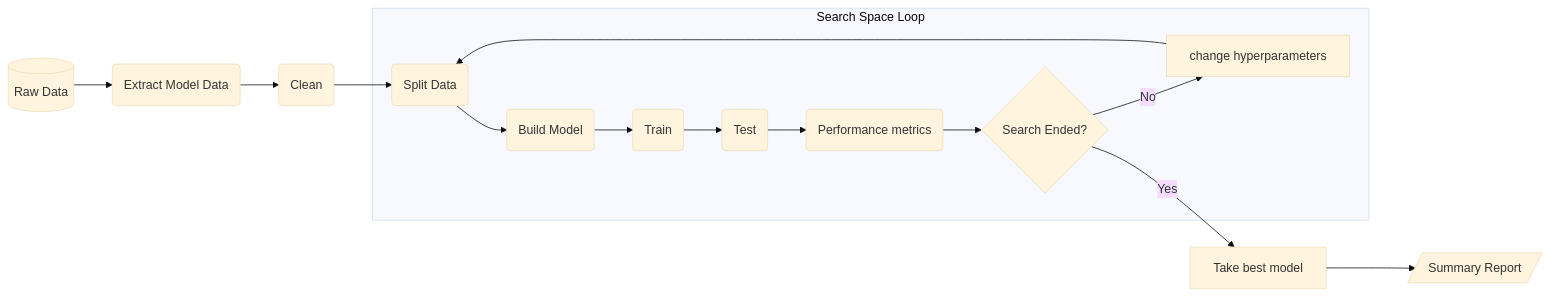
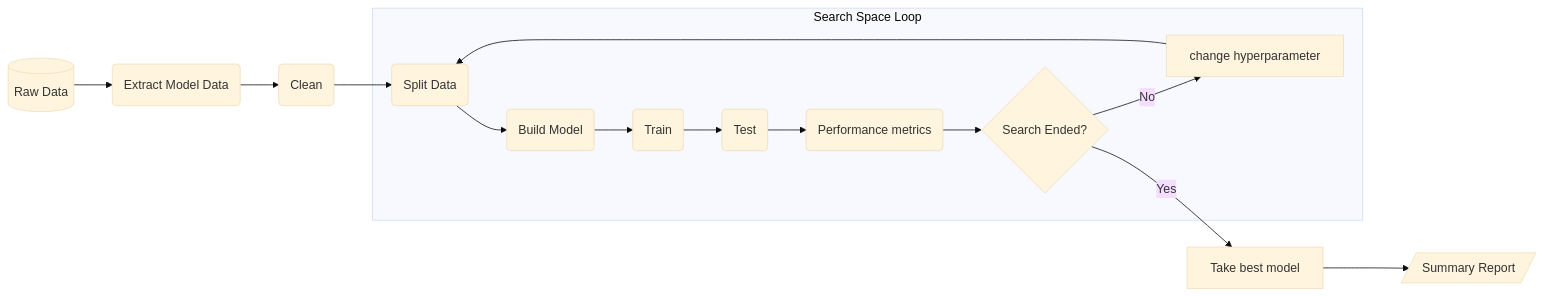
One commit to abdelrahmanaltawil/multiple-sclerosis changed the second of 2 diagrams in docs/source/pipelines.md. Above: the diagram before and after it, drawn with Mermaid (base theme). The commit also changed other lines of this file, not shown here.

````diff
--- a/docs/source/pipelines.md
+++ b/docs/source/pipelines.md
@@ -17,25 +17,25 @@
 ```mermaid
 graph LR
     raw[(Raw Data)] --> extract(Extract Model Data)
     extract --> clean(Clean)
     clean --> split(Split Data)
     split --> build(Build Model)
     build --> train(Train)
     train --> test(Test)
     test --> performance(Performance metrics)
     performance --> loop-ends{Search Ended?}
-    loop-ends --> |No| change[change hyperparameters]
+    loop-ends --> |No| change[change hyperparameter]
     change --> split
     loop-ends --> |Yes| return-best[Take best model]
     return-best --> report[/Summary Report/]
 
     subgraph loop[Search Space Loop]
         split
         build
         train
         test
         performance
         loop-ends
         change
     end
 ```
````
